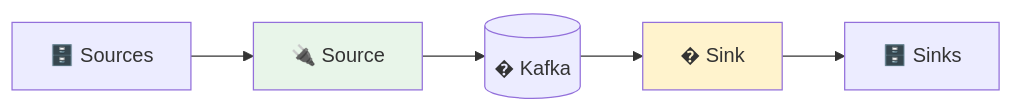
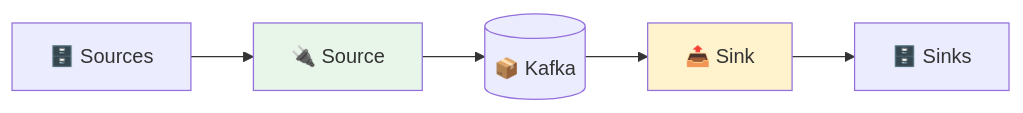
Before and after one commit to msellamiTN/formation--kafka-dotnet: the first of 7 diagrams in day-03-integration/module-06-kafka-connect/README.md, drawn with Mermaid. The commit also changed other lines of this file and 126 other files, not shown here.

````diff
--- a/day-03-integration/module-06-kafka-connect/README.md
+++ b/day-03-integration/module-06-kafka-connect/README.md
@@ -26,7 +26,7 @@
 ```mermaid
 flowchart LR
-    SRC["🗄️ Sources"] --> SC["🔌 Source"] --> T[("� Kafka")] --> SK["� Sink"] --> SNK["🗄️ Sinks"]
+    SRC["🗄️ Sources"] --> SC["🔌 Source"] --> T[("📦 Kafka")] --> SK["📤 Sink"] --> SNK["🗄️ Sinks"]
     
     style SC fill:#e8f5e9
     style SK fill:#fff3cd
 ```
````
